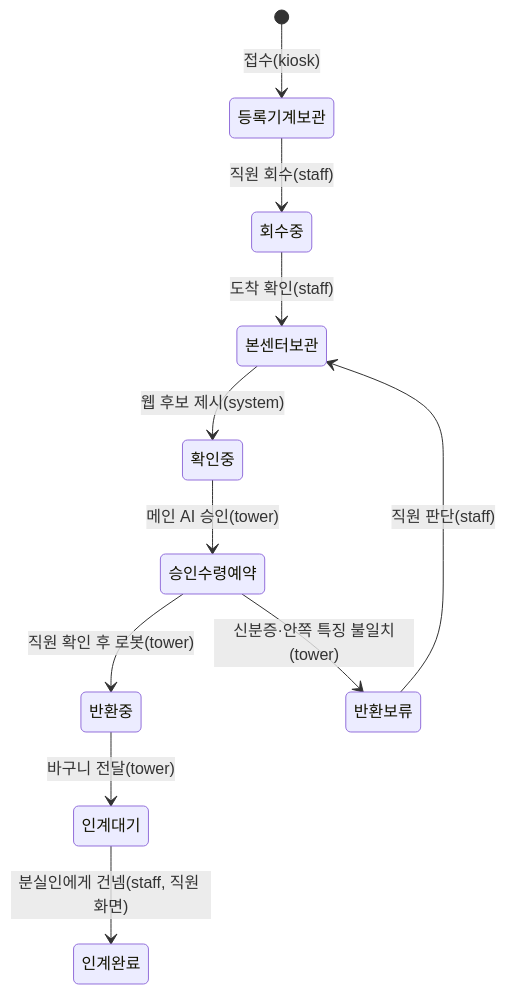
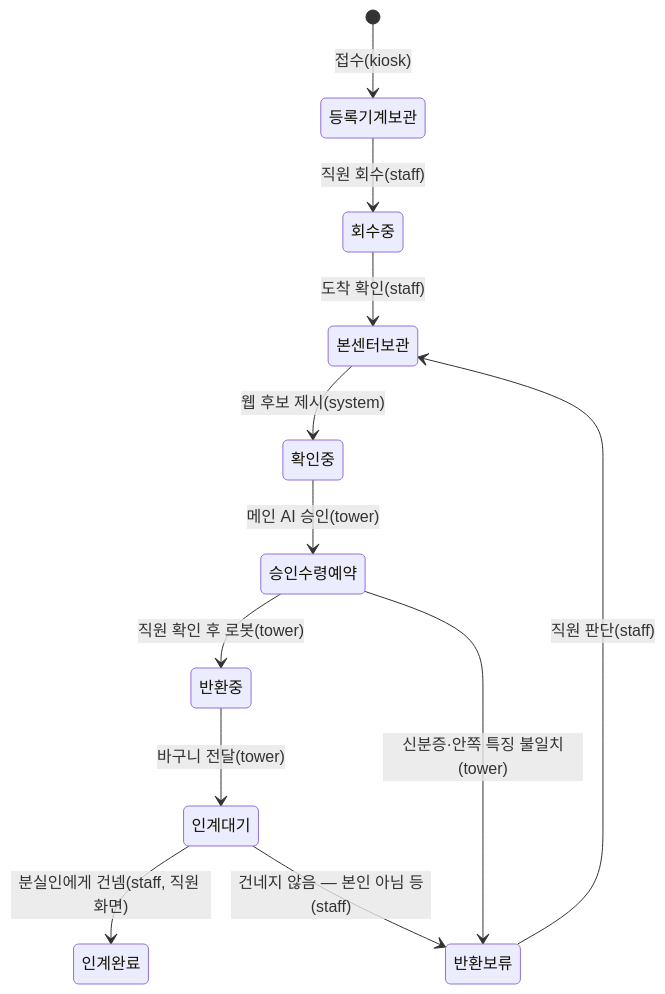
Before and after one commit to agentops-lostfound/ai-lostfound-tower: the second of 2 diagrams in docs/design/database.md, drawn with Mermaid. The commit also changed 11 other files, not shown here.

First line of the commit message:
LF-14 인계 대기에서 건네지 않을 때 반환 보류로 바꾸는 기능과 직원 변경 기록(changed_by=staff) 추가 (인계 대기 뒤 본인 아님·물건 다름이 밝혀지면 갈 곳이 없었고, 직원이 바꾼 상태가 tower 로 남았기 때문)

````diff
--- a/docs/design/database.md
+++ b/docs/design/database.md
@@ -81,13 +81,14 @@
 ```mermaid
 stateDiagram-v2
   [*] --> 등록기계보관: 접수(kiosk)
   등록기계보관 --> 회수중: 직원 회수(staff)
   회수중 --> 본센터보관: 도착 확인(staff)
   본센터보관 --> 확인중: 웹 후보 제시(system)
   확인중 --> 승인수령예약: 메인 AI 승인(tower)
   승인수령예약 --> 반환중: 직원 확인 후 로봇(tower)
   반환중 --> 인계대기: 바구니 전달(tower)
   인계대기 --> 인계완료: 분실인에게 건넴(staff, 직원 화면)
+  인계대기 --> 반환보류: 건네지 않음 — 본인 아님 등(staff)
   승인수령예약 --> 반환보류: 신분증·안쪽 특징 불일치(tower)
   반환보류 --> 본센터보관: 직원 판단(staff)
 ```
````
